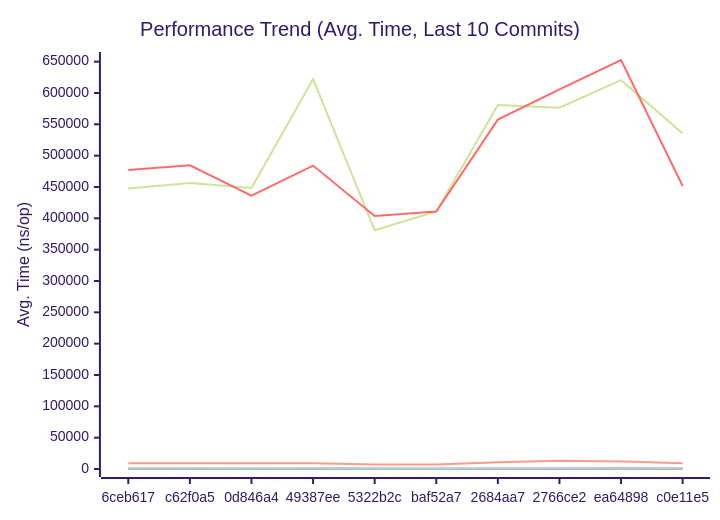
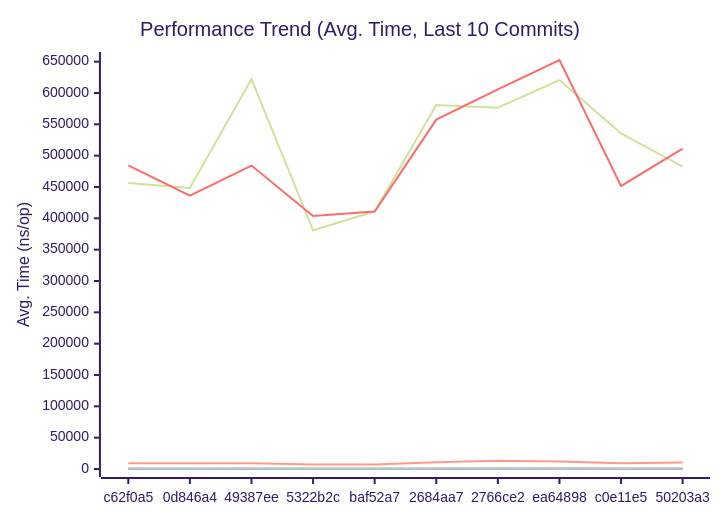
One commit to alsotoes/momo changed the first of 3 diagrams in docs/PERFORMANCE.md. Above: the diagram before and after it, drawn with Mermaid (forest theme). The commit also changed other lines of this file and 4 other files, not shown here.

````diff
--- a/docs/PERFORMANCE.md
+++ b/docs/PERFORMANCE.md
@@ -145,20 +145,20 @@
 ```mermaid
 xychart-beta
     title "Performance Trend (Avg. Time, Last 10 Commits)"
     x-axis "Commit"
     y-axis "Avg. Time (ns/op)"
-    x-axis [6ceb617,c62f0a5,0d846a4,49387ee,5322b2c,baf52a7,2684aa7,2766ce2,ea64898,c0e11e5]
-    line "AWSChunkedReaderSigned" [447444,456452,448270,622202,380899,410944,580705,576464,620631,535526]
-    line "AWSChunkedReaderUnsigned" [476966,484613,436099,484134,403705,410907,557512,605728,652637,451534]
-    line "CheckMetricsAndSwap" [10,9,10,8,9,7,10,11,10,9]
-    line "CrushOptimized" [353,360,384,403,296,264,368,415,420,335]
-    line "CrushOriginal" [488,539,442,474,375,370,598,664,874,456]
-    line "IndexDirectTracking" [0,0,0,0,0,0,0,0,0,1]
-    line "IndexSearch" [3,3,3,3,3,3,3,4,3,3]
-    line "LoadGlobalConfig" [9023,9246,9136,9150,7234,7096,10842,13042,12014,9184]
-    line "PadString" [53,48,50,48,35,34,55,63,56,46]
+    x-axis [c62f0a5,0d846a4,49387ee,5322b2c,baf52a7,2684aa7,2766ce2,ea64898,c0e11e5,50203a3]
+    line "AWSChunkedReaderSigned" [456452,448270,622202,380899,410944,580705,576464,620631,535526,482680]
+    line "AWSChunkedReaderUnsigned" [484613,436099,484134,403705,410907,557512,605728,652637,451534,511362]
+    line "CheckMetricsAndSwap" [9,10,8,9,7,10,11,10,9,10]
+    line "CrushOptimized" [360,384,403,296,264,368,415,420,335,311]
+    line "CrushOriginal" [539,442,474,375,370,598,664,874,456,584]
+    line "IndexDirectTracking" [0,0,0,0,0,0,0,0,1,0]
+    line "IndexSearch" [3,3,3,3,3,3,4,3,3,3]
+    line "LoadGlobalConfig" [9246,9136,9150,7234,7096,10842,13042,12014,9184,10419]
+    line "PadString" [48,50,48,35,34,55,63,56,46,48]
     line "ParseReplicationOrder_NoPrealloc" [350,349,357,354,345,225,229,165,232,234]
     line "ParseReplicationOrder_Prealloc" [229,231,237,234,229,108,107,80,110,109]
-    line "SanitizeLog/Safe" [479,510,430,543,398,379,530,569,614,504]
-    line "SanitizeLog/Unsafe" [607,625,542,680,482,537,734,816,804,636]
+    line "SanitizeLog/Safe" [510,430,543,398,379,530,569,614,504,554]
+    line "SanitizeLog/Unsafe" [625,542,680,482,537,734,816,804,636,638]
 ```
````
